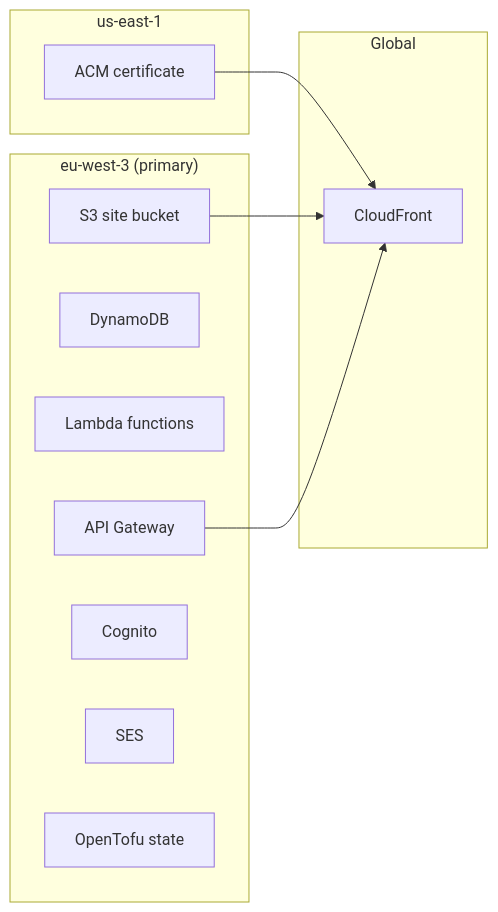
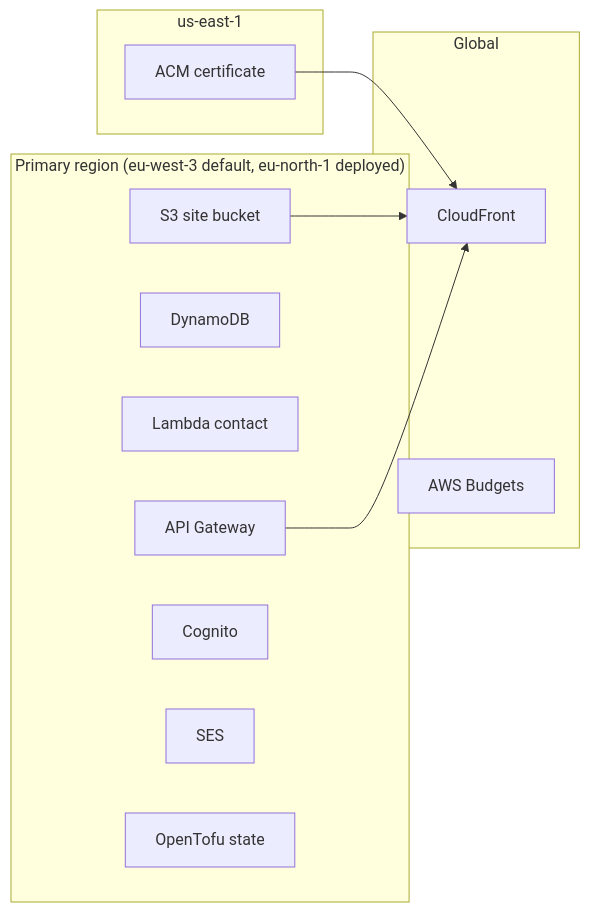
The fifth of 5 diagrams in docs/DEPLOYMENT.md (vasichkin/aws-zero-cost-hosting), drawn with Mermaid before and after one commit. The commit also changed other lines of this file and 15 other files, not shown here.

````diff
--- a/docs/DEPLOYMENT.md
+++ b/docs/DEPLOYMENT.md
@@ -193,24 +195,25 @@
 ```mermaid
 flowchart LR
-  subgraph eu-west-3["eu-west-3 (primary)"]
+  subgraph primary["Primary region (eu-west-3 default, eu-north-1 deployed)"]
     S3[S3 site bucket]
     DDB[DynamoDB]
-    Lambda[Lambda functions]
+    Lambda[Lambda contact]
     APIGW[API Gateway]
     Cognito[Cognito]
     SES[SES]
     State[OpenTofu state]
   end
 
   subgraph us-east-1["us-east-1"]
     ACM[ACM certificate]
   end
 
   subgraph Global["Global"]
     CF[CloudFront]
+    Budget[AWS Budgets]
   end
 
   ACM --> CF
   S3 --> CF
   APIGW --> CF
 ```
````
